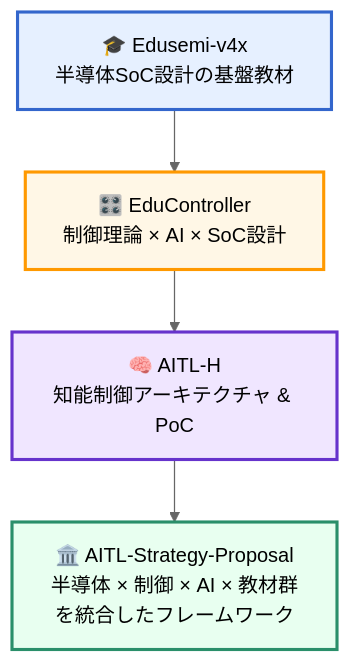
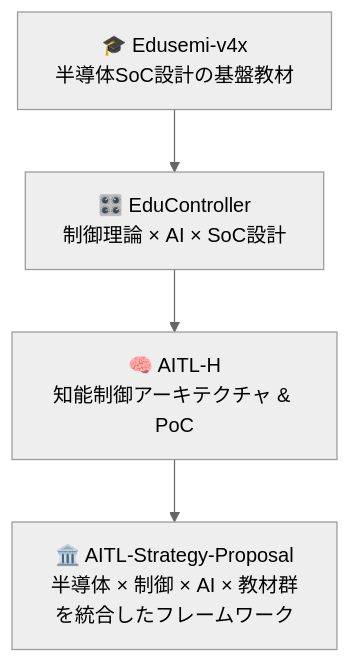
The diagram in index.md (Samizo-AITL/Samizo-AITL.github.io), drawn with Mermaid (neutral theme) before and after one commit.

````diff
--- a/index.md
+++ b/index.md
@@ -89,12 +89,7 @@
-```mermaid
+<div class="mermaid">
 flowchart TD
-    A[🎓 Edusemi-v4x<br/>半導体SoC設計の基盤教材] 
-        --> B[🎛️ EduController<br/>制御理論 × AI × SoC設計] 
-        --> C[🧠 AITL-H<br/>知能制御アーキテクチャ & PoC]
-        --> D[🏛️ AITL-Strategy-Proposal<br/>半導体 × 制御 × AI × 教材群を統合したフレームワーク]
-
-    style A fill:#e6f0ff,stroke:#3366cc,stroke-width:2.5px
-    style B fill:#fff7e6,stroke:#ff9900,stroke-width:2.5px
-    style C fill:#f0e6ff,stroke:#6633cc,stroke-width:2.5px
-    style D fill:#e8fff0,stroke:#2a8f6a,stroke-width:2.5px
-```
+    A[🎓 Edusemi-v4x<br/>半導体SoC設計の基盤教材]
+    --> B[🎛️ EduController<br/>制御理論 × AI × SoC設計]
+    --> C[🧠 AITL-H<br/>知能制御アーキテクチャ & PoC]
+    --> D[🏛️ AITL-Strategy-Proposal<br/>半導体 × 制御 × AI × 教材群を統合したフレームワーク]
+</div>
````
